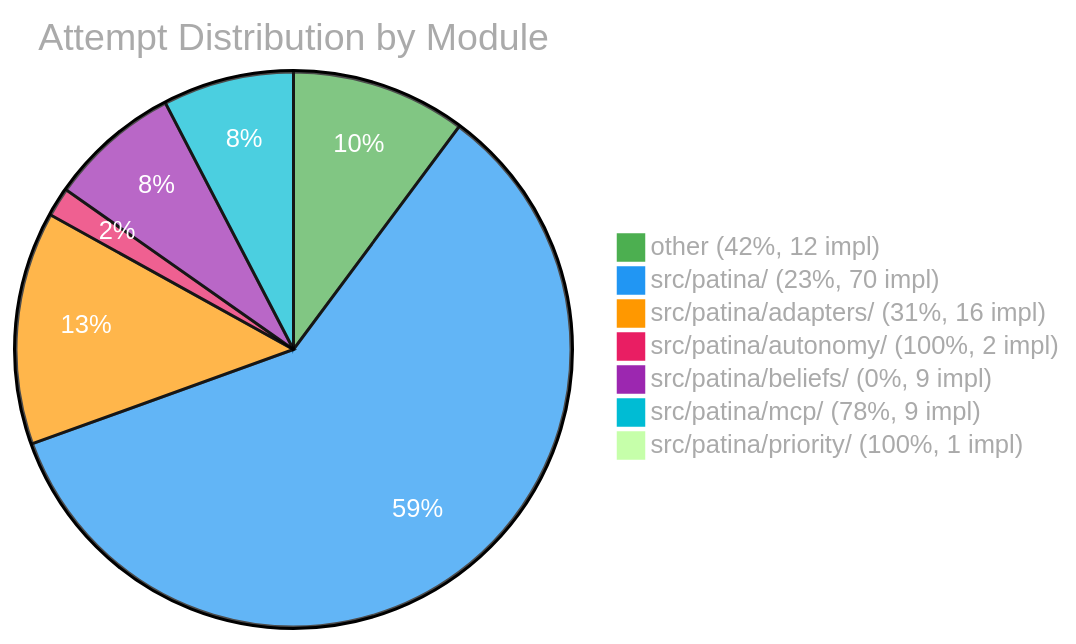
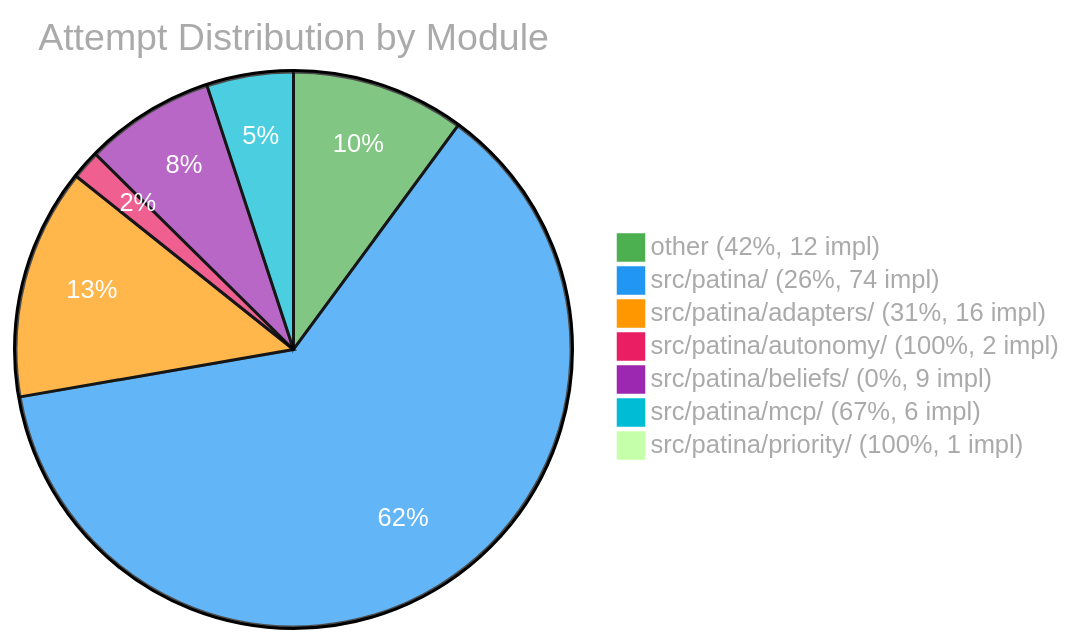
Before and after one commit to Bhavy-Ranka/patina: the third of 3 diagrams in EVAL.md, drawn with Mermaid. The commit also changed other lines of this file and 1 other file, not shown here.

````diff
--- a/EVAL.md
+++ b/EVAL.md
@@ -92,11 +95,11 @@
 ```mermaid
 %%{init: {'theme': 'base', 'themeVariables': {'pie1': '#4CAF50', 'pie2': '#2196F3', 'pie3': '#FF9800', 'pie4': '#E91E63', 'pie5': '#9C27B0', 'pie6': '#00BCD4', 'pieTitleTextColor': '#aaa', 'pieLegendTextColor': '#aaa', 'pieSectionTextColor': '#fff'}}}%%
 pie title Attempt Distribution by Module
     "other (42%, 12 impl)" : 12
-    "src/patina/ (23%, 70 impl)" : 70
+    "src/patina/ (26%, 74 impl)" : 74
     "src/patina/adapters/ (31%, 16 impl)" : 16
     "src/patina/autonomy/ (100%, 2 impl)" : 2
     "src/patina/beliefs/ (0%, 9 impl)" : 9
-    "src/patina/mcp/ (78%, 9 impl)" : 9
+    "src/patina/mcp/ (67%, 6 impl)" : 6
     "src/patina/priority/ (100%, 1 impl)" : 1
 ```
````
